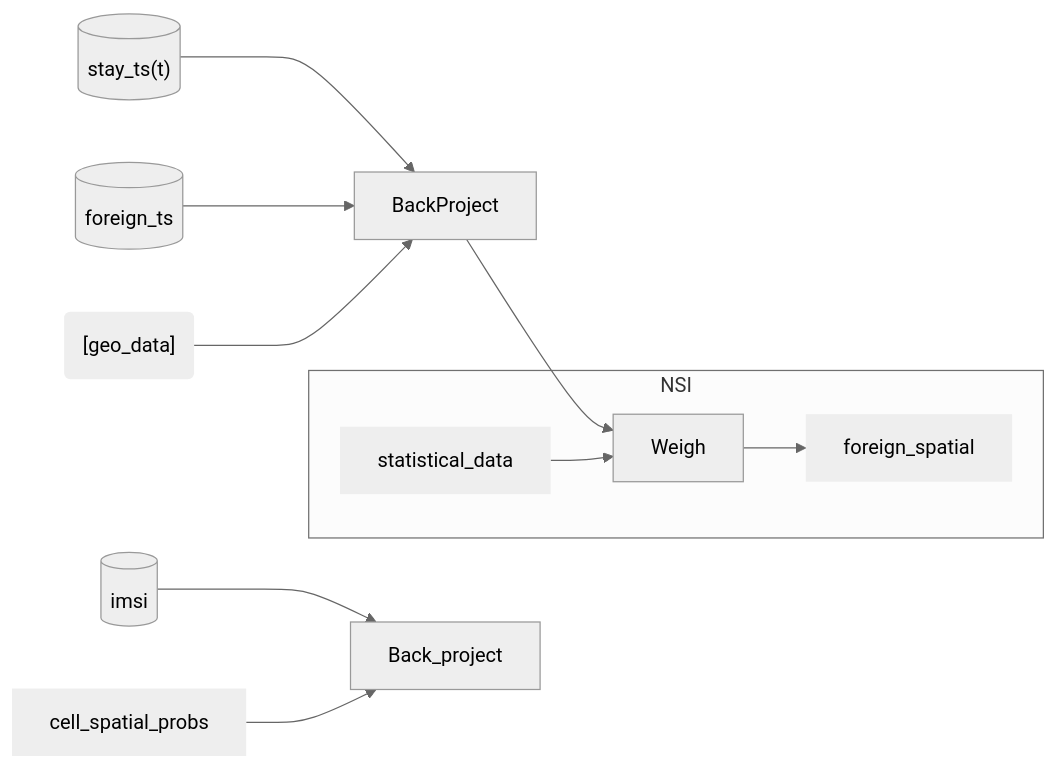
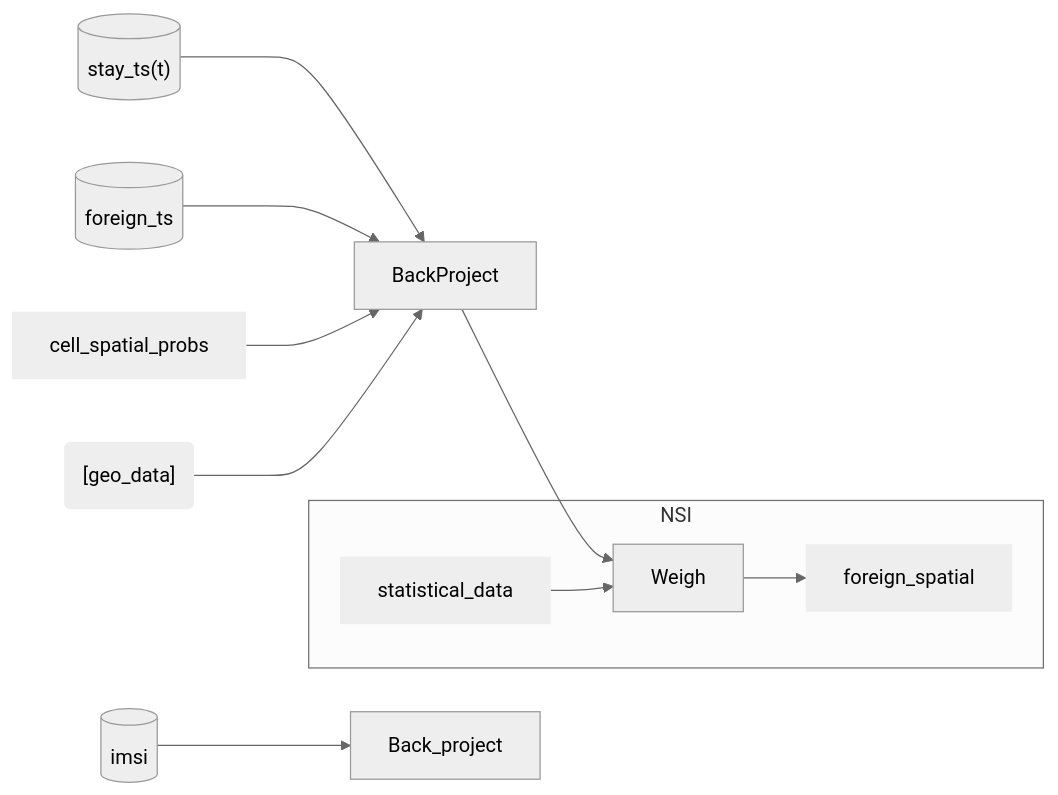
One commit to djvanderlaan/pipeline changed diagram 14 of 14 in README.md. Above: the diagram before and after it, drawn with Mermaid (neutral theme).

Commit message:
CamelCase for process steps

````diff
--- a/README.md
+++ b/README.md
@@ -177,18 +177,18 @@
 ```mermaid
 flowchart LR
 
 stay_ts[("stay_ts(t)")] --> BackProject --> Weigh 
 
 imsi[("imsi")] --> Back_project
 foreign_ts[("foreign_ts")] --> BackProject
 
-cell_spatial_probs:::data --> Back_project
+cell_spatial_probs:::data --> BackProject
 geo_data("[geo_data]"):::data --> BackProject
 
 subgraph NSI
   Weigh --> foreign_spatial:::data
   statistical_data:::data --> Weigh
 end
 
 classDef data stroke-width:0px
 ```
````
